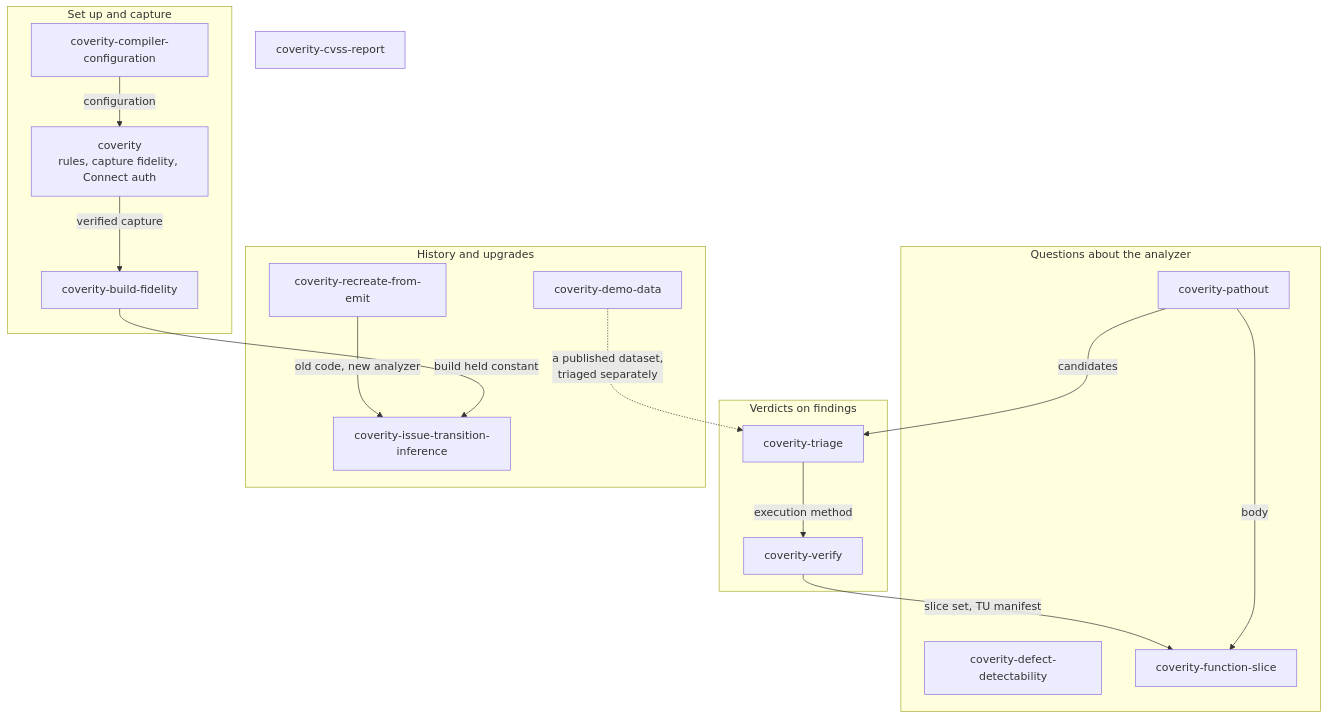
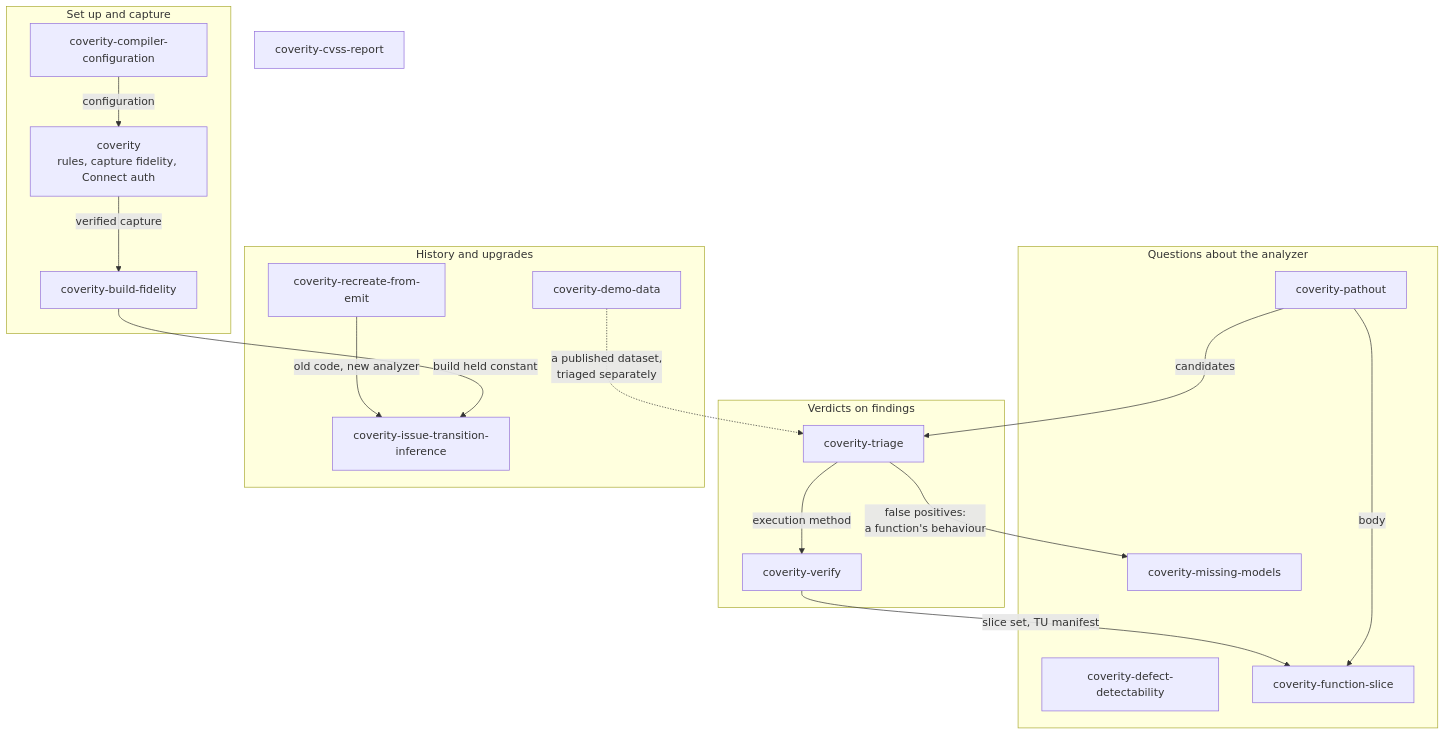
One commit to edtice-goog/CoveritySkills changed the first of 8 diagrams in USE-CASES.md. Above: the diagram before and after it, drawn with Mermaid. The commit also changed other lines of this file and 1 other file, not shown here.

First line of the commit message:
USE-CASES, detection loop: coverity-missing-models

````diff
--- a/USE-CASES.md
+++ b/USE-CASES.md
@@ -11,33 +11,35 @@
 ```mermaid
 flowchart TB
     subgraph setup["Set up and capture"]
         CC["coverity-compiler-configuration"]
         CV["coverity<br/>rules, capture fidelity, Connect auth"]
         BF["coverity-build-fidelity"]
     end
     subgraph analyzer["Questions about the analyzer"]
         DD["coverity-defect-detectability"]
+        MM["coverity-missing-models"]
         PO["coverity-pathout"]
         FS["coverity-function-slice"]
     end
     subgraph verdicts["Verdicts on findings"]
         TR["coverity-triage"]
         VE["coverity-verify"]
     end
     subgraph history["History and upgrades"]
         DM["coverity-demo-data"]
         IT["coverity-issue-transition-inference"]
         RE["coverity-recreate-from-emit"]
     end
     CVSS["coverity-cvss-report"]
 
     CC -->|"configuration"| CV
     CV -->|"verified capture"| BF
     PO -->|"body"| FS
     PO -->|"candidates"| TR
+    TR -->|"false positives:<br/>a function's behaviour"| MM
     DM -.->|"a published dataset,<br/>triaged separately"| TR
     TR -->|"execution method"| VE
     VE -->|"slice set, TU manifest"| FS
     BF -->|"build held constant"| IT
     RE -->|"old code, new analyzer"| IT
 ```
````
